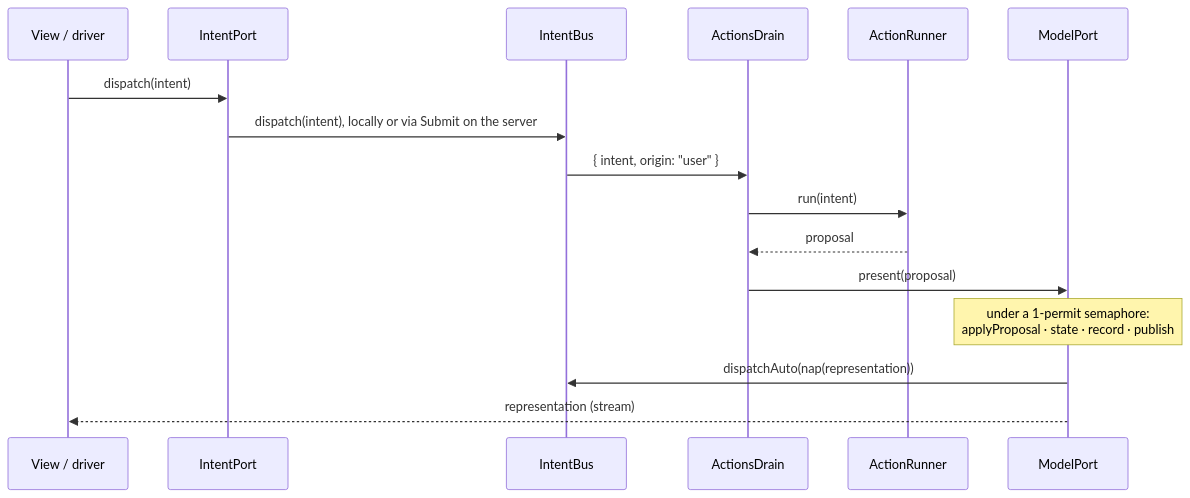
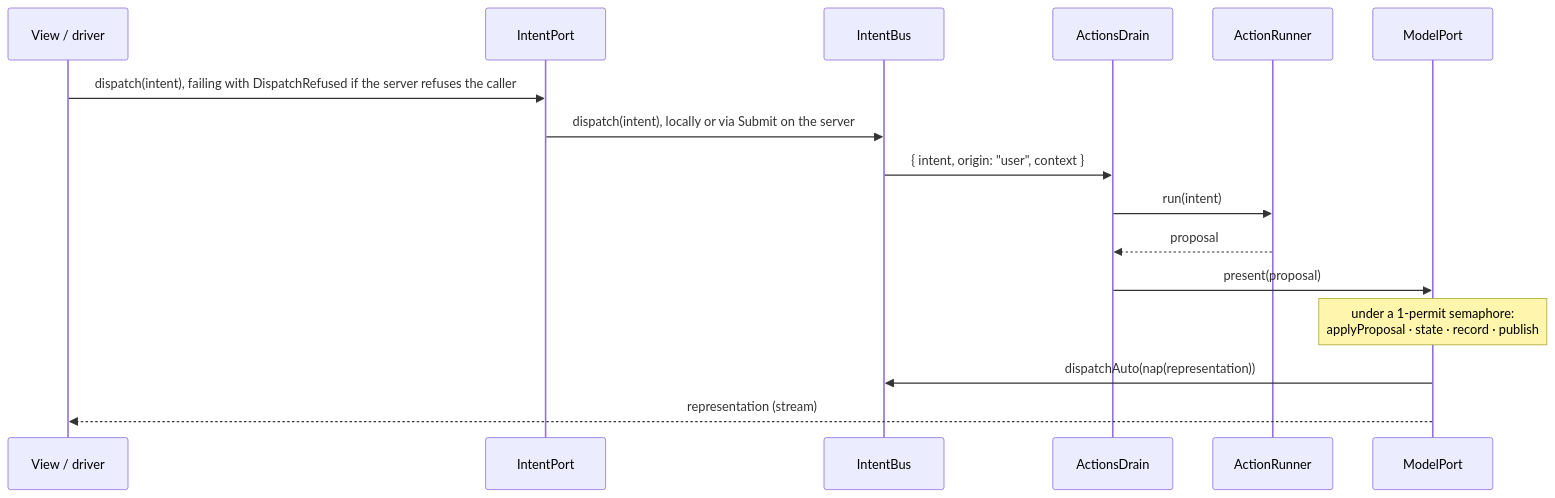
Before and after one commit to Trebh/microfw: the diagram in docs/architecture/sam-loop.md, drawn with Mermaid. The commit also changed other lines of this file and 82 other files, not shown here.

````diff
--- a/docs/architecture/sam-loop.md
+++ b/docs/architecture/sam-loop.md
@@ -29,18 +29,18 @@
 ```mermaid
 sequenceDiagram
   participant V as View / driver
   participant P as IntentPort
   participant B as IntentBus
   participant D as ActionsDrain
   participant A as ActionRunner
   participant M as ModelPort
-  V->>P: dispatch(intent)
+  V->>P: dispatch(intent), failing with DispatchRefused if the server refuses the caller
   P->>B: dispatch(intent), locally or via Submit on the server
-  B->>D: { intent, origin: "user" }
+  B->>D: { intent, origin: "user", context }
   D->>A: run(intent)
   A-->>D: proposal
   D->>M: present(proposal)
   Note over M: under a 1-permit semaphore:<br/>applyProposal · state · record · publish
   M->>B: dispatchAuto(nap(representation))
   M-->>V: representation (stream)
 ```
````
